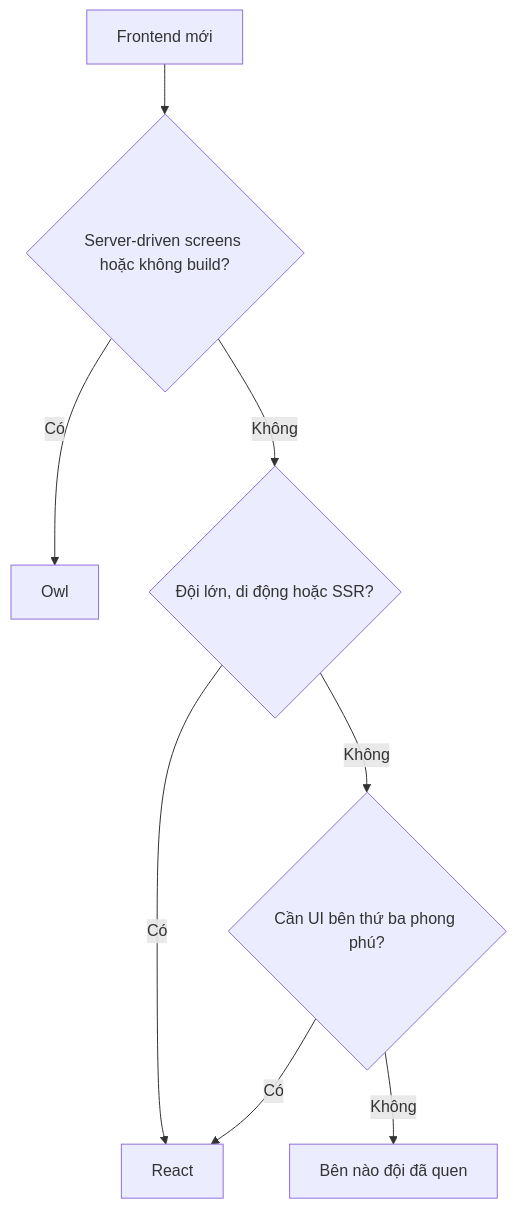
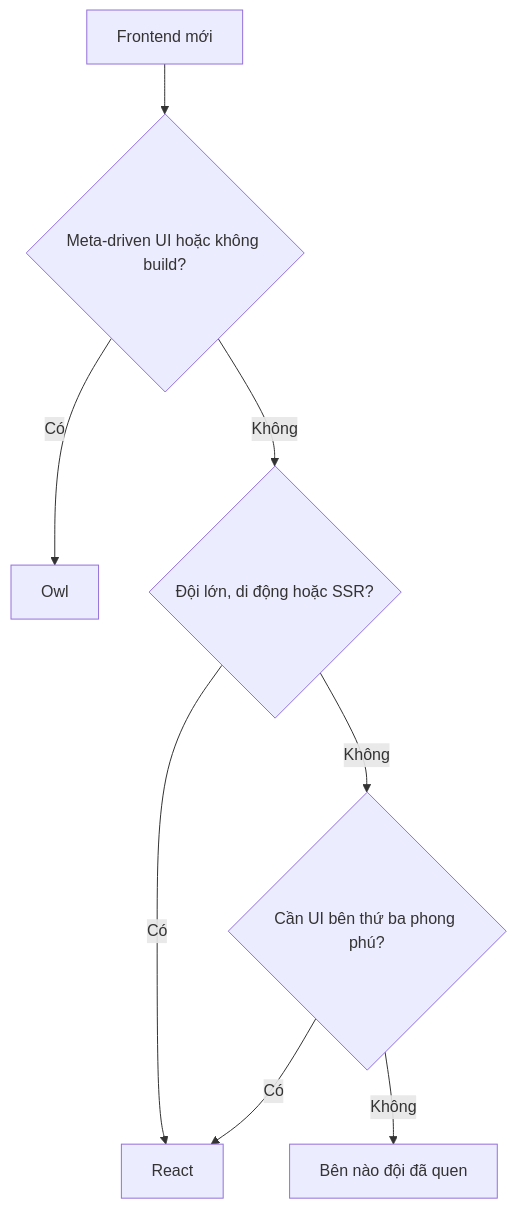
Before and after one commit to thebases/thebase.github.io: the diagram in blog/owl-vs-react/index.vi.md, drawn with Mermaid. The commit also changed other lines of this file and 1 other file, not shown here.

Commit message:
owl-vs-react: use 'meta-driven UI' term

````diff
--- a/blog/owl-vs-react/index.vi.md
+++ b/blog/owl-vs-react/index.vi.md
@@ -81,10 +81,10 @@
 ```mermaid
 flowchart TD
-  A[Frontend mới] --> B{Server-driven screens hoặc không build?}
+  A[Frontend mới] --> B{Meta-driven UI hoặc không build?}
   B -- Có --> C[Owl]
   B -- Không --> D{Đội lớn, di động hoặc SSR?}
   D -- Có --> E[React]
   D -- Không --> F{Cần UI bên thứ ba phong phú?}
   F -- Có --> E
   F -- Không --> G[Bên nào đội đã quen]
 ```
````
